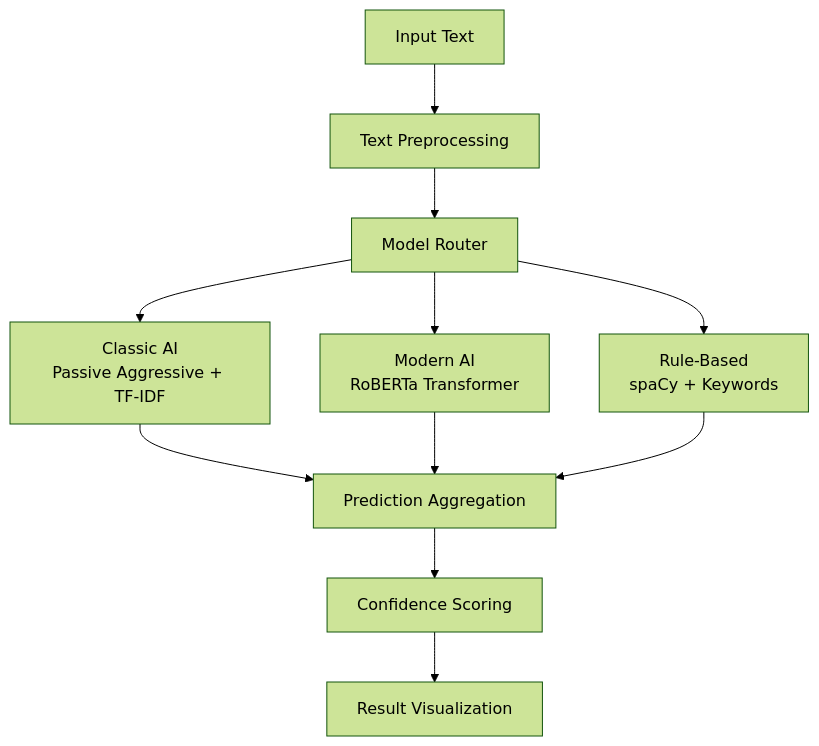
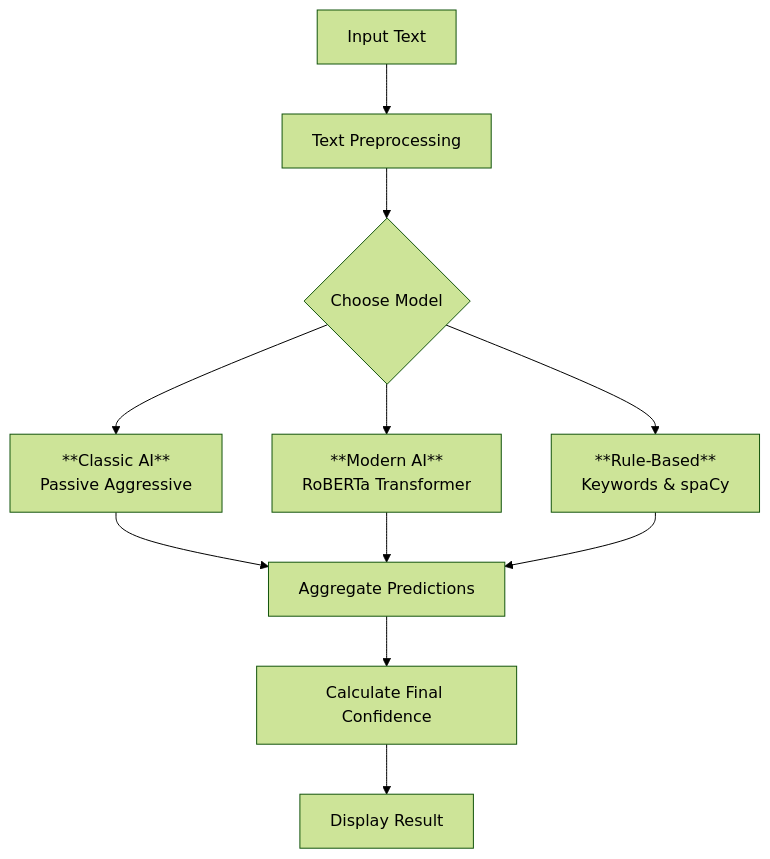
The diagram in README.md (Aimandzikri/Fake_News-Detector), drawn with Mermaid (forest theme) before and after one commit. The commit also changed other lines of this file, not shown here.

````diff
--- a/README.md
+++ b/README.md
@@ -27,13 +23,13 @@
 ```mermaid
 graph TD
     A[Input Text] --> B[Text Preprocessing]
-    B --> C[Model Router]
-    C --> D1[Classic AI<br/>Passive Aggressive + TF-IDF]
-    C --> D2[Modern AI<br/>RoBERTa Transformer]
-    C --> D3[Rule-Based<br/>spaCy + Keywords]
-    D1 --> E[Prediction Aggregation]
+    B --> C{Choose Model}
+    C --> D1[**Classic AI**<br/>Passive Aggressive]
+    C --> D2[**Modern AI**<br/>RoBERTa Transformer]
+    C --> D3[**Rule-Based**<br/>Keywords & spaCy]
+    D1 --> E[Aggregate Predictions]
     D2 --> E
     D3 --> E
-    E --> F[Confidence Scoring]
-    F --> G[Result Visualization]
+    E --> F[Calculate Final Confidence]
+    F --> G[Display Result]
 ```
````
